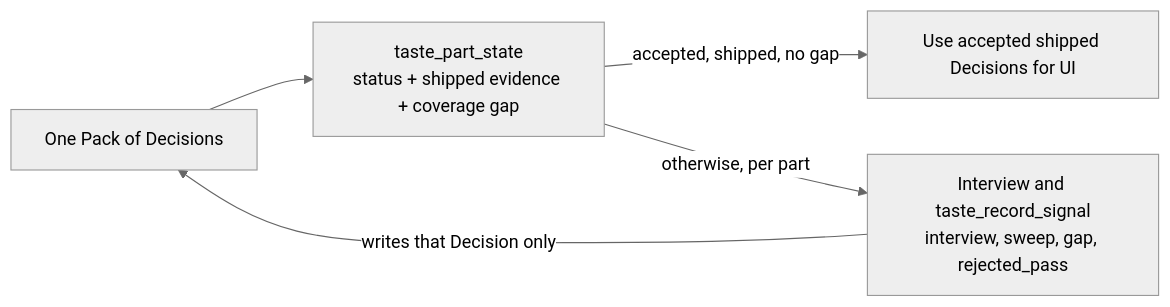
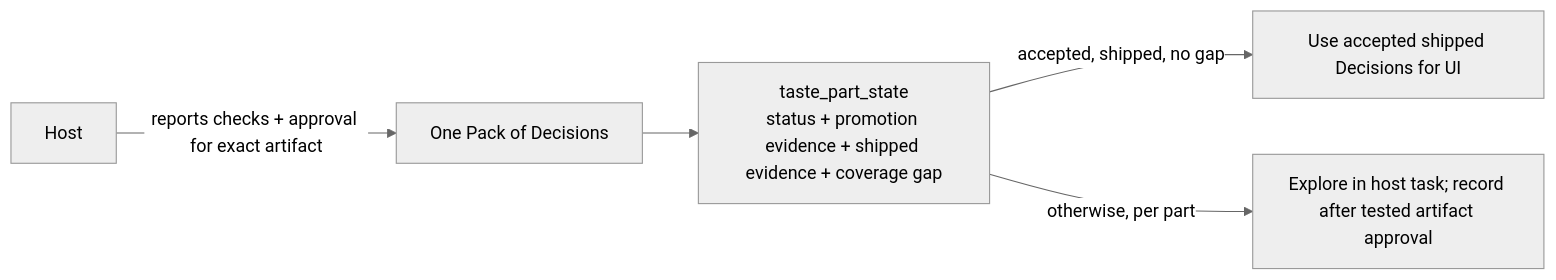
One commit to gksoriginals/taste changed the fifth of 5 diagrams in docs/engineering.md. Above: the diagram before and after it, drawn with Mermaid (neutral theme). The commit also changed other lines of this file and 34 other files, not shown here.

Commit message:
Implement approved Taste decision promotion flow

````diff
--- a/docs/engineering.md
+++ b/docs/engineering.md
@@ -430,11 +432,11 @@
 ```mermaid
 flowchart LR
   Pack[One Pack of Decisions]
-  Derive[taste_part_state<br/>status + shipped evidence + coverage gap]
+  Derive[taste_part_state<br/>status + promotion evidence + shipped evidence + coverage gap]
   Conformance[Use accepted shipped Decisions for UI]
-  Expression[Interview and taste_record_signal<br/>interview, sweep, gap, rejected_pass]
+  Expression[Explore in host task; record after tested artifact approval]
   Pack --> Derive
   Derive -->|accepted, shipped, no gap| Conformance
   Derive -->|otherwise, per part| Expression
-  Expression -->|writes that Decision only| Pack
+  Host -->|reports checks + approval for exact artifact| Pack
 ```
````
